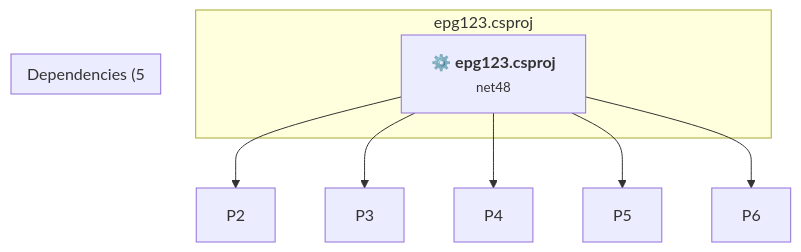
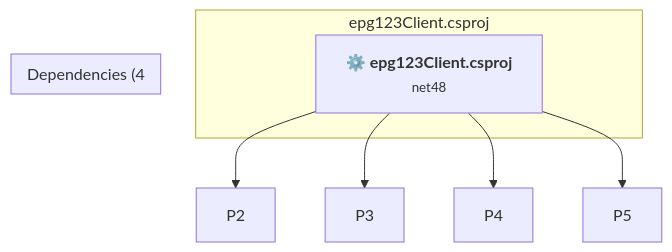
Before and after one commit to Kev506/epg123: the second of 2 diagrams in .github/upgrades/scenarios/dotnet-version-upgrade/assessment.md, drawn with Mermaid. The commit also changed other lines of this file and 14 other files, not shown here.

````diff
--- a/.github/upgrades/scenarios/dotnet-version-upgrade/assessment.md
+++ b/.github/upgrades/scenarios/dotnet-version-upgrade/assessment.md
@@ -188,15 +188,14 @@
 ```mermaid
 flowchart TB
-    subgraph current["epg123.csproj"]
-        MAIN["<b>⚙️&nbsp;epg123.csproj</b><br/><small>net48</small>"]
-        click MAIN "#epg123csproj"
+    subgraph current["epg123Client.csproj"]
+        MAIN["<b>⚙️&nbsp;epg123Client.csproj</b><br/><small>net48</small>"]
+        click MAIN "#epg123clientcsproj"
     end
-    subgraph downstream["Dependencies (5"]
+    subgraph downstream["Dependencies (4"]
     end
     MAIN --> P2
     MAIN --> P3
     MAIN --> P4
     MAIN --> P5
-    MAIN --> P6
 
 ```
````
